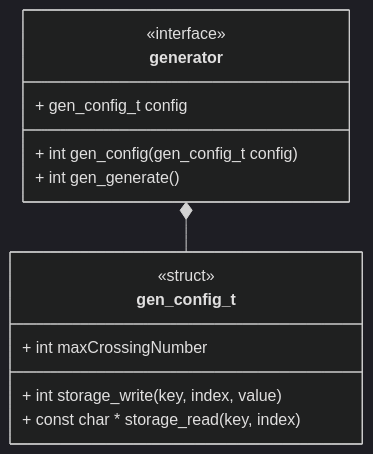
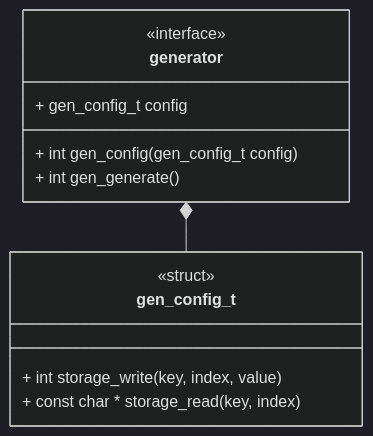
One commit to Uiowa-Applied-Topology/tanglenomicon_core_libraries changed the diagram in docs/unit_description/generator-interface.md. Above: the diagram before and after it, drawn with Mermaid (dark theme). The commit also changed other lines of this file and 19 other files, not shown here.

````diff
--- a/docs/unit_description/generator-interface.md
+++ b/docs/unit_description/generator-interface.md
@@ -3,19 +3,18 @@
 ```mermaid
 classDiagram
     generator *-- gen_config_t
     class generator {
         <<interface>>
         + gen_config_t config
         + int gen_config(gen_config_t config)
         + int gen_generate()
     }
 
     class gen_config_t {
         <<struct>>
-        + int maxCrossingNumber
         + int storage_write(key, index, value)
         + const char * storage_read(key, index)
     }
 
 
 ```
````
